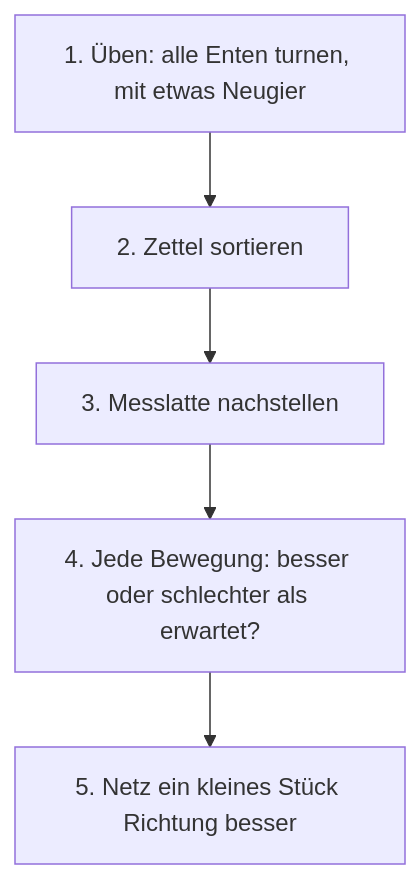
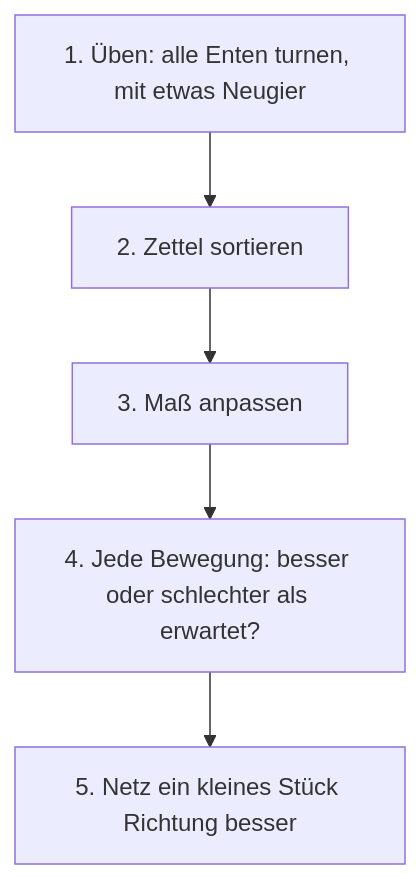
The third of 3 diagrams in kern/docs/buch-gruen/14-lehrer.md (ChristianHohlfeld/kernengine.de), drawn with Mermaid before and after one commit. The commit also changed other lines of this file and 3 other files, not shown here.

````diff
--- a/kern/docs/buch-gruen/14-lehrer.md
+++ b/kern/docs/buch-gruen/14-lehrer.md
@@ -206,8 +211,8 @@
 ```mermaid
 flowchart TD
   A["1. Üben: alle Enten turnen, mit etwas Neugier"] --> B
   B["2. Zettel sortieren"] --> C
-  C["3. Messlatte nachstellen"] --> D
+  C["3. Maß anpassen"] --> D
   D["4. Jede Bewegung: besser oder schlechter als erwartet?"] --> E
   E["5. Netz ein kleines Stück Richtung besser"]
 ```
````
